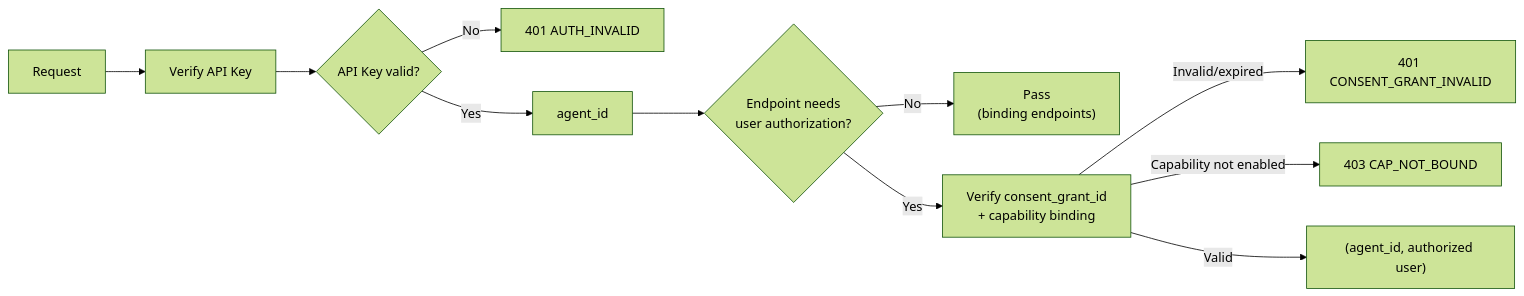
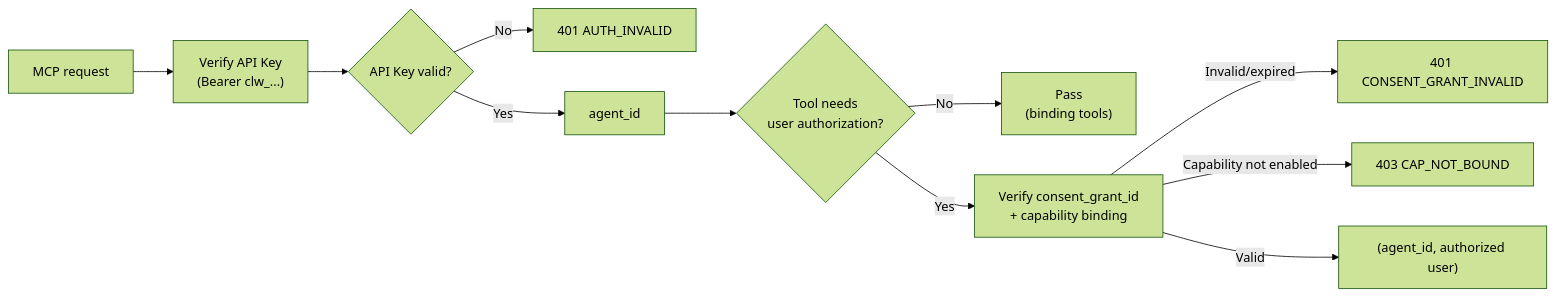
The first of 2 diagrams in en/gateway/authentication.mdx (clawdot/docs), drawn with Mermaid (forest theme) before and after one commit. The commit also changed other lines of this file and 67 other files, not shown here.

First line of the commit message:
docs: 正文改写为 MCP-first + 补 MCP 时序图（Phase 2）

````diff
--- a/en/gateway/authentication.mdx
+++ b/en/gateway/authentication.mdx
@@ -10,13 +13,13 @@
 ```mermaid
 flowchart LR
-  A["Request"] --> B["Verify API Key"]
+  A["MCP request"] --> B["Verify API Key<br/>(Bearer clw_...)"]
   B --> C{"API Key valid?"}
   C -- No --> E["401 AUTH_INVALID"]
   C -- Yes --> D["agent_id"]
-  D --> F{"Endpoint needs<br/>user authorization?"}
-  F -- No --> Z["Pass<br/>(binding endpoints)"]
+  D --> F{"Tool needs<br/>user authorization?"}
+  F -- No --> Z["Pass<br/>(binding tools)"]
   F -- Yes --> G["Verify consent_grant_id<br/>+ capability binding"]
   G -- Invalid/expired --> H["401 CONSENT_GRANT_INVALID"]
   G -- Capability not enabled --> I["403 CAP_NOT_BOUND"]
   G -- Valid --> J["(agent_id, authorized user)"]
 ```
````
